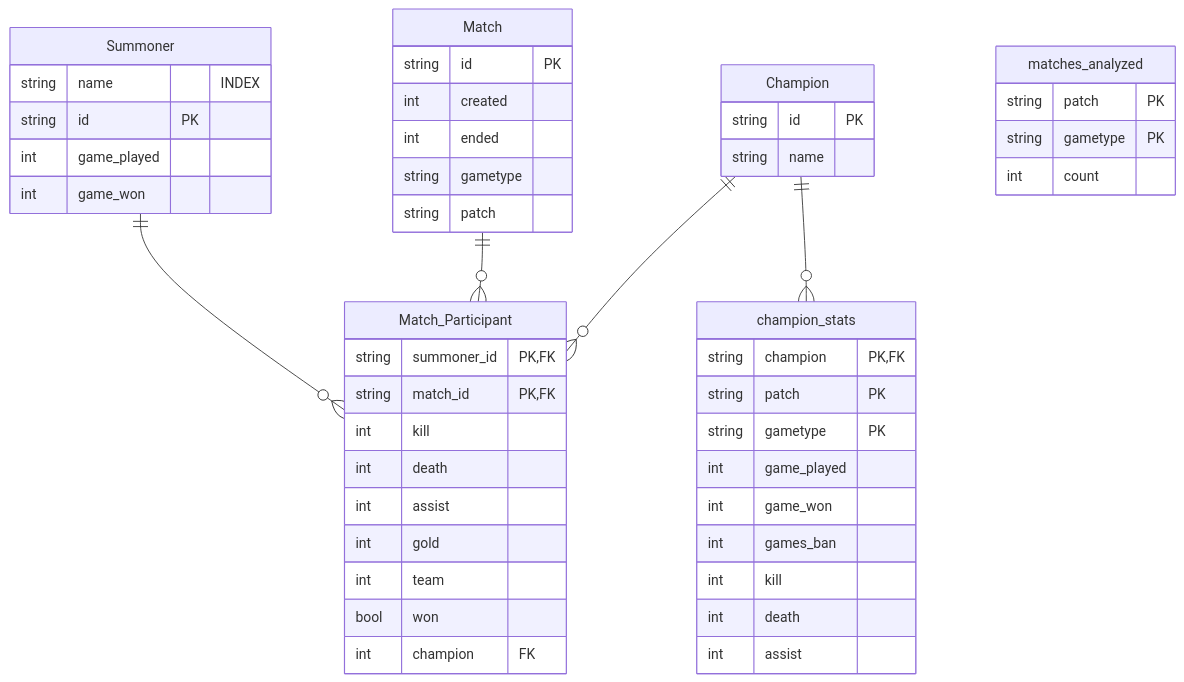
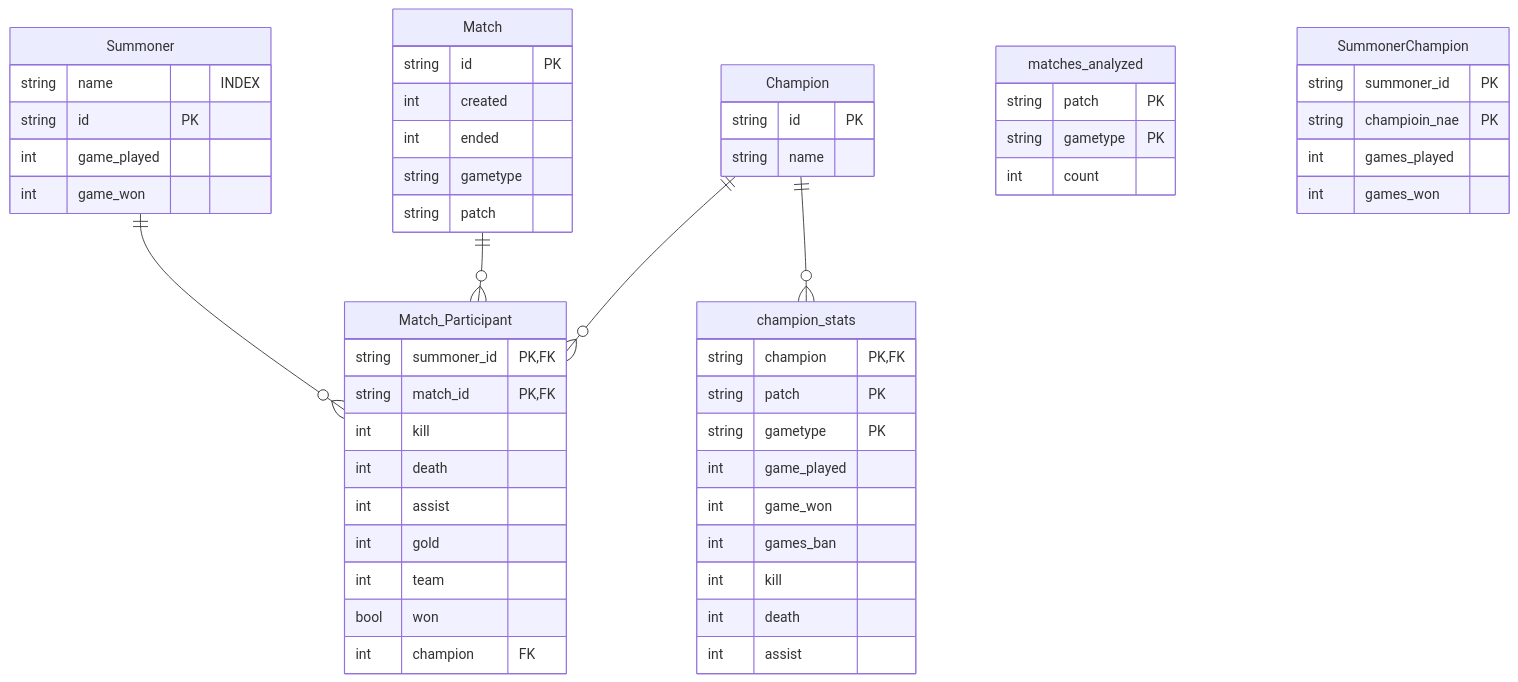
One commit to rutaji/loltracker changed the diagram in specification/diagrams/Database.mmd. Above: the diagram before and after it, drawn with Mermaid. The commit also changed 3 other files, not shown here.

```diff
--- a/specification/diagrams/Database.mmd
+++ b/specification/diagrams/Database.mmd
@@ -1,50 +1,56 @@
 erDiagram
    Match {
         string id PK
         int created
         int ended
         string gametype
         string patch
     } 
     Match_Participant{
         string summoner_id PK,FK
         string match_id PK, FK
         int kill
         int death
         int assist
         int gold
         int team
         bool won
         int champion FK
     }
     Champion{
         string id PK
         string name 
     }
     champion_stats{
         string champion PK, FK
         string patch PK
         string gametype PK
         int game_played 
         int game_won 
         int games_ban
         int kill
         int death
         int assist
     }
     Summoner{
         string name  "INDEX"
         string id PK
         int game_played
         int game_won
     }
     matches_analyzed{
         string patch PK
         string gametype PK
         int count
     }
+    SummonerChampion{
+        string summoner_id PK
+        string champioin_nae PK
+        int    games_played 
+        int    games_won
+    }
 
     Summoner ||--o{ Match_Participant : ""
     Match ||--o{ Match_Participant : ""
     Champion ||--o{ Match_Participant : ""
     Champion ||--o{ champion_stats : ""
```
